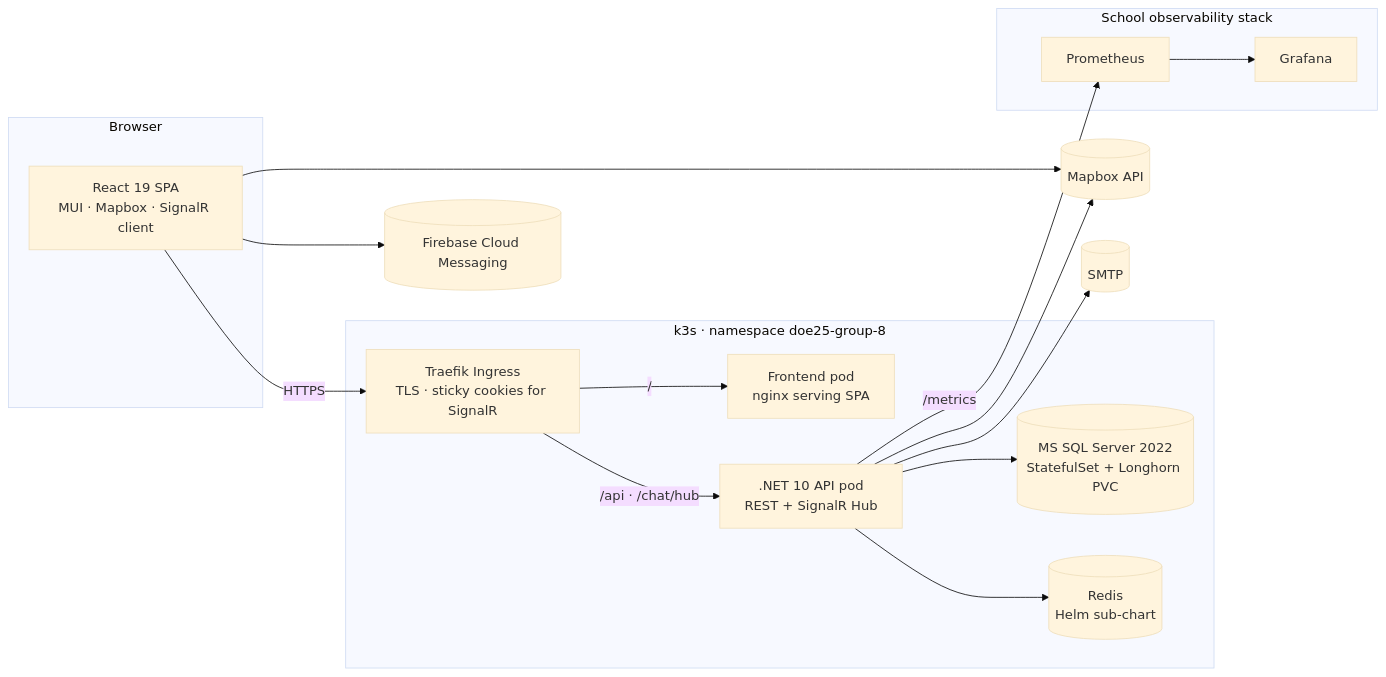
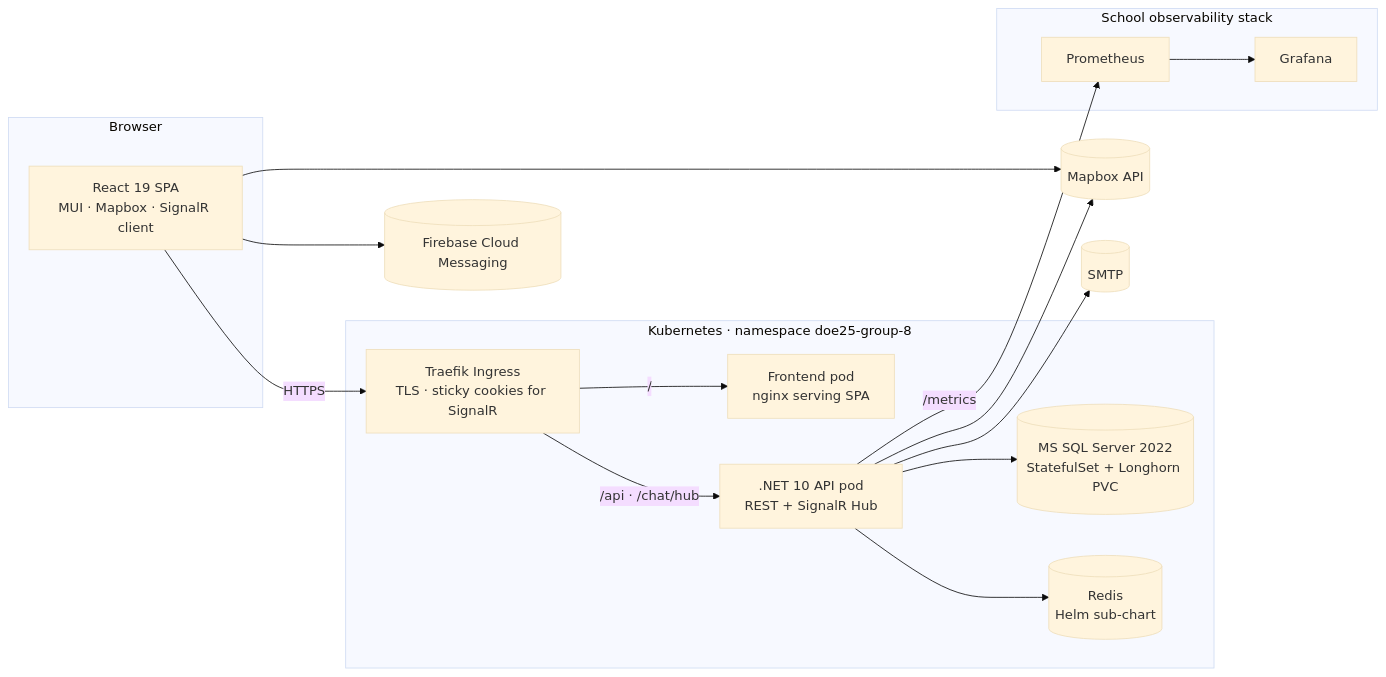
The first of 2 diagrams in README.md (AntonSatt/mallo), drawn with Mermaid (base theme) before and after one commit. The commit also changed other lines of this file and 1 other file, not shown here.

````diff
--- a/README.md
+++ b/README.md
@@ -64,35 +64,35 @@
 ```mermaid
 flowchart LR
     subgraph Browser
         UI[React 19 SPA<br/>MUI · Mapbox · SignalR client]
     end
 
-    subgraph Cluster[k3s · namespace doe25-group-8]
+    subgraph Cluster[Kubernetes · namespace doe25-group-8]
         TR[Traefik Ingress<br/>TLS · sticky cookies for SignalR]
         FE[Frontend pod<br/>nginx serving SPA]
         API[.NET 10 API pod<br/>REST + SignalR Hub]
         DB[(MS SQL Server 2022<br/>StatefulSet + Longhorn PVC)]
         RD[(Redis<br/>Helm sub-chart)]
     end
 
     subgraph Observability[School observability stack]
         PR[Prometheus]
         GR[Grafana]
     end
 
     Mapbox[(Mapbox API)]
     SMTP[(SMTP)]
     FCM[(Firebase Cloud Messaging)]
 
     UI -- HTTPS --> TR
     TR -- "/" --> FE
     TR -- "/api · /chat/hub" --> API
     API --> DB
     API --> RD
     API --> SMTP
     API --> Mapbox
     UI --> Mapbox
     UI --> FCM
     API -- "/metrics" --> PR
     PR --> GR
 ```
````
